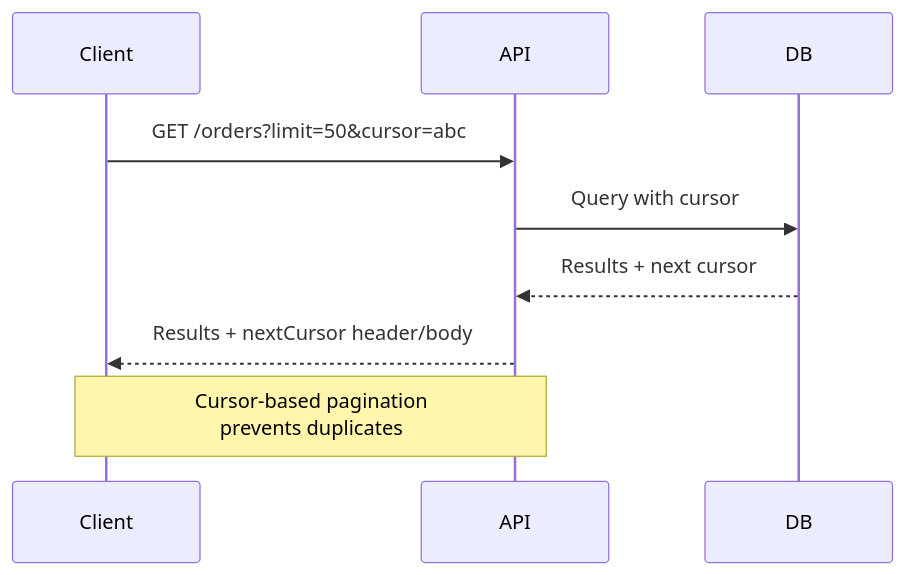
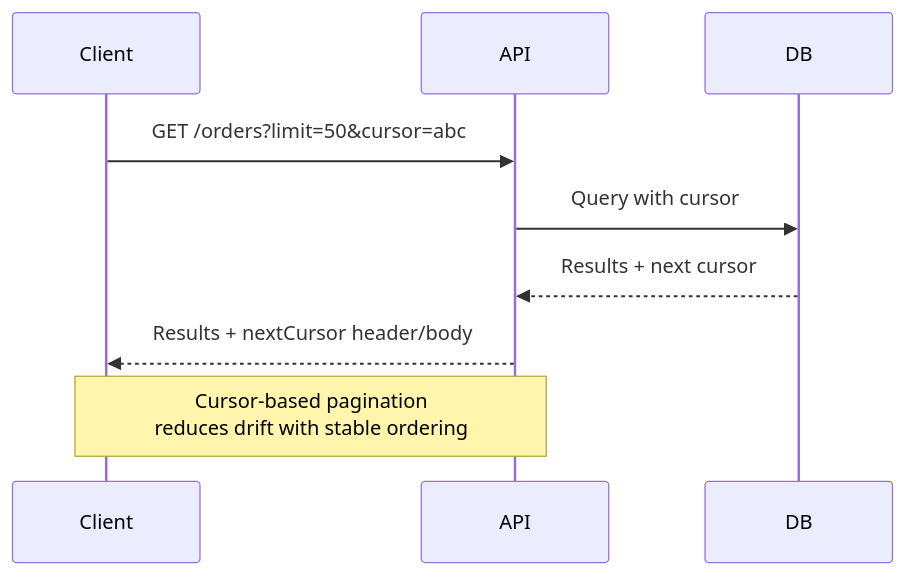
Before and after one commit to tobiasbueschel/software-engineering-excellence: the seventh of 13 diagrams in docs/rest-best-practices.mdx, drawn with Mermaid. The commit also changed other lines of this file and 30 other files, not shown here.

````diff
--- a/docs/rest-best-practices.mdx
+++ b/docs/rest-best-practices.mdx
@@ -295,13 +295,13 @@
 ```mermaid
 sequenceDiagram
     participant Client
     participant API
     participant DB
 
     Client->>API: GET /orders?limit=50&cursor=abc
     API->>DB: Query with cursor
     DB-->>API: Results + next cursor
     API-->>Client: Results + nextCursor header/body
 
-    Note over Client,API: Cursor-based pagination<br/>prevents duplicates
+    Note over Client,API: Cursor-based pagination<br/>reduces drift with stable ordering
 ```
````
